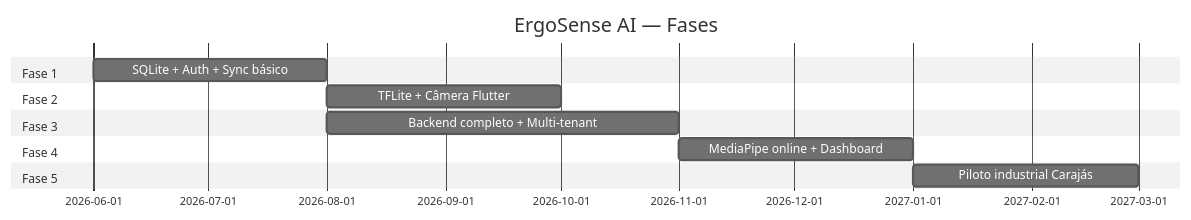
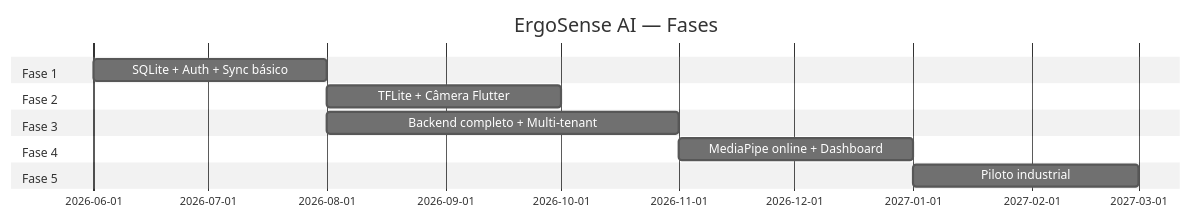
One commit to JohnRam1975/ErgoSense changed the sixth of 6 diagrams in docs/ARCHITECTURE.md. Above: the diagram before and after it, drawn with Mermaid (neutral theme). The commit also changed other lines of this file and 31 other files, not shown here.

````diff
--- a/docs/ARCHITECTURE.md
+++ b/docs/ARCHITECTURE.md
@@ -269,15 +269,15 @@
 ```mermaid
 gantt
     title ErgoSense AI — Fases
     dateFormat YYYY-MM
     section Fase 1
     SQLite + Auth + Sync básico     :2026-06, 2M
     section Fase 2
     TFLite + Câmera Flutter         :2026-08, 2M
     section Fase 3
     Backend completo + Multi-tenant :2026-08, 3M
     section Fase 4
     MediaPipe online + Dashboard    :2026-11, 2M
     section Fase 5
-    Piloto industrial Carajás       :2027-01, 2M
+    Piloto industrial                   :2027-01, 2M
 ```
````
